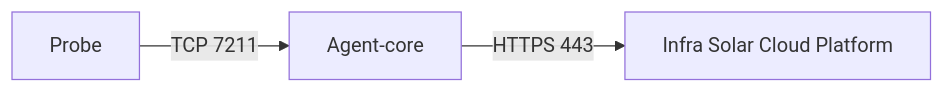
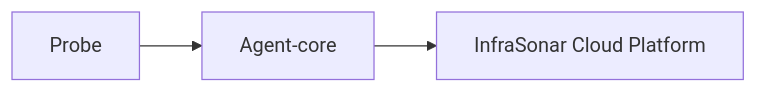
One commit to infrasonar/docs changed the diagram in docs/documentation/collectors/probes/index.md. Above: the diagram before and after it, drawn with Mermaid. The commit also changed other lines of this file and 70 other files, not shown here.

````diff
--- a/docs/documentation/collectors/probes/index.md
+++ b/docs/documentation/collectors/probes/index.md
@@ -26,4 +26,4 @@
 ``` mermaid
 graph LR
-  probe[Probe] --> | TCP 7211 | Agentcore[Agent-core] --> | HTTPS 443 | infrasonarcloud[Infra Solar Cloud Platform];
+  probe[Probe] --> Agentcore[Agent-core] --> infrasonarcloud[InfraSonar Cloud Platform];
 ```
````
